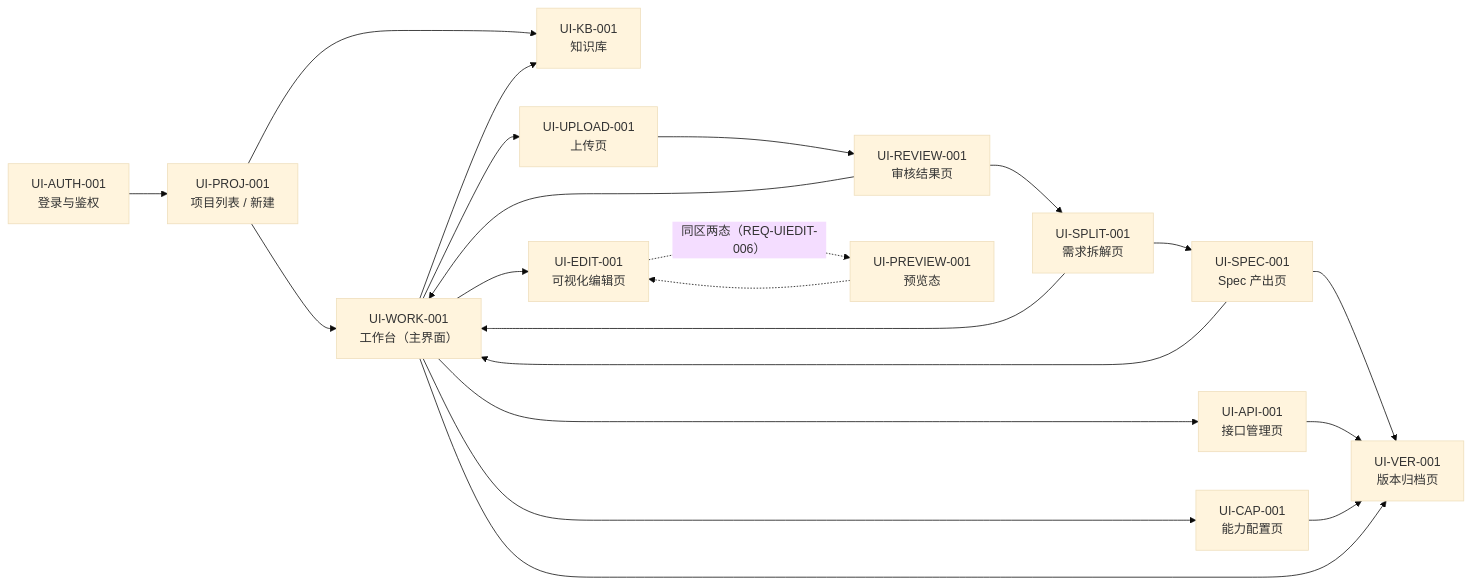
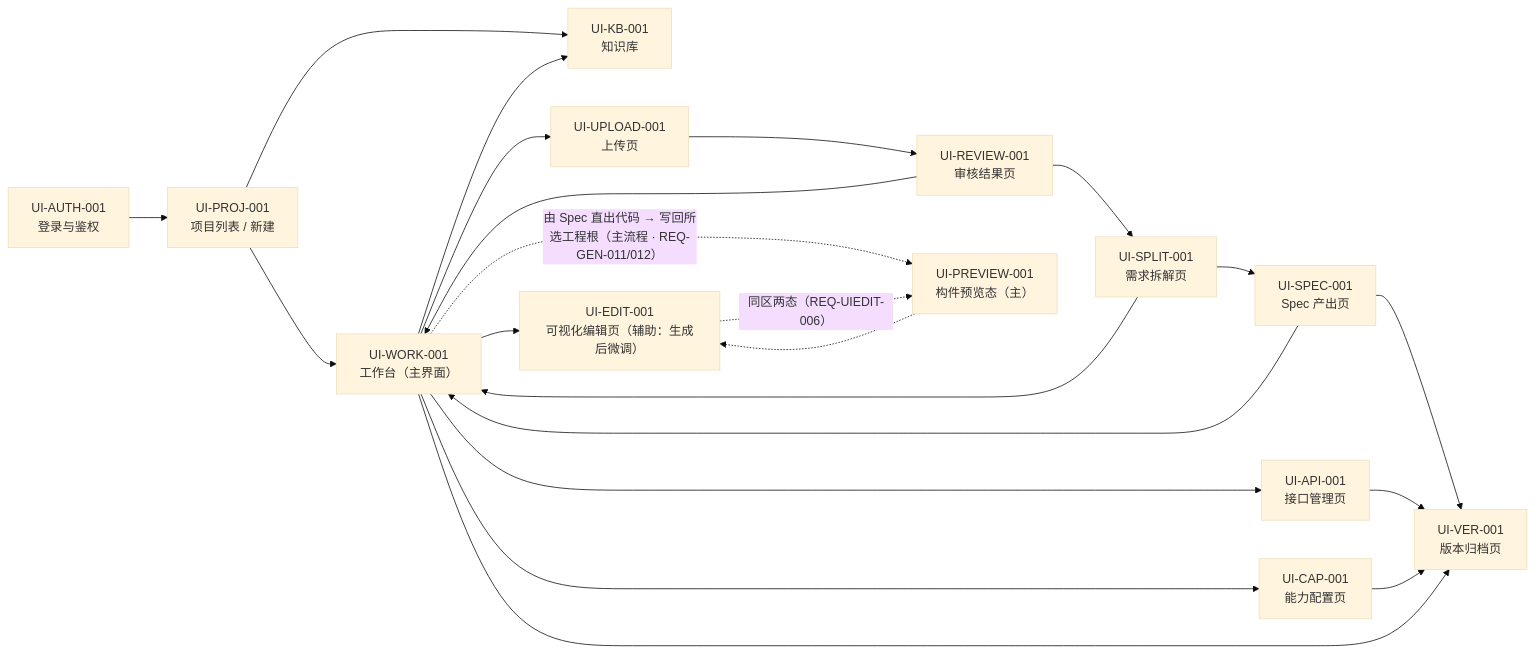
Before and after one commit to xiexinli/AutoDevelopment: the diagram in platform/specs/UI-Spec.md, drawn with Mermaid (base theme). The commit also changed other lines of this file and 37 other files, not shown here.

````diff
--- a/platform/specs/UI-Spec.md
+++ b/platform/specs/UI-Spec.md
@@ -2436,23 +2458,24 @@
 ```mermaid
 flowchart LR
     AUTH["UI-AUTH-001<br/>登录与鉴权"] --> PROJ["UI-PROJ-001<br/>项目列表 / 新建"]
     PROJ --> WORK["UI-WORK-001<br/>工作台（主界面）"]
     PROJ --> KB["UI-KB-001<br/>知识库"]
     WORK --> KB
     WORK --> UPLOAD["UI-UPLOAD-001<br/>上传页"]
     UPLOAD --> REVIEW["UI-REVIEW-001<br/>审核结果页"]
     REVIEW --> WORK
     REVIEW --> SPLIT["UI-SPLIT-001<br/>需求拆解页"]
     SPLIT --> SPEC["UI-SPEC-001<br/>Spec 产出页"]
     SPLIT --> WORK
     SPEC --> WORK
     SPEC --> VER["UI-VER-001<br/>版本归档页"]
-    WORK --> EDIT["UI-EDIT-001<br/>可视化编辑页"]
-    EDIT -. "同区两态（REQ-UIEDIT-006）" .-> PREVIEW["UI-PREVIEW-001<br/>预览态"]
+    WORK --> EDIT["UI-EDIT-001<br/>可视化编辑页（辅助：生成后微调）"]
+    WORK -. "由 Spec 直出代码 → 写回所选工程根（主流程 · REQ-GEN-011/012）" .-> PREVIEW["UI-PREVIEW-001<br/>构件预览态（主）"]
+    EDIT -. "同区两态（REQ-UIEDIT-006）" .-> PREVIEW
     PREVIEW -.-> EDIT
     WORK --> API["UI-API-001<br/>接口管理页"]
     WORK --> CAP["UI-CAP-001<br/>能力配置页"]
     API --> VER
     CAP --> VER
     WORK --> VER
 ```
````
